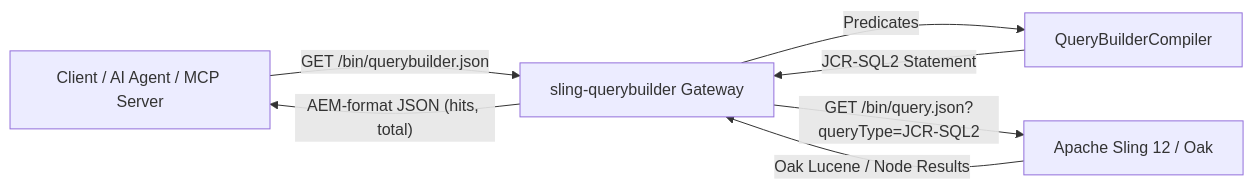
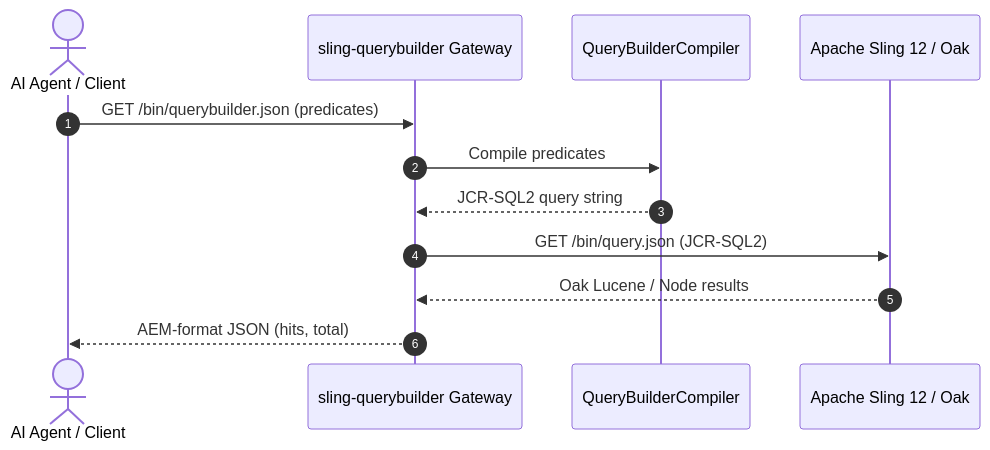
One commit to fabidi/sling-querybuilder changed the diagram in README.md. Above: the diagram before and after it, drawn with Mermaid.

Commit message:
docs: improve architecture diagram layout with clean sequence diagram

````diff
--- a/README.md
+++ b/README.md
@@ -26,9 +26,15 @@
 ```mermaid
-flowchart LR
-    A["Client / AI Agent / MCP Server"] -->|"GET /bin/querybuilder.json"| B["sling-querybuilder Gateway"]
-    B -->|Predicates| C["QueryBuilderCompiler"]
-    C -->|JCR-SQL2 Statement| B
-    B -->|"GET /bin/query.json?queryType=JCR-SQL2"| D["Apache Sling 12 / Oak"]
-    D -->|"Oak Lucene / Node Results"| B
-    B -->|"AEM-format JSON (hits, total)"| A
+sequenceDiagram
+    autonumber
+    actor Client as AI Agent / Client
+    participant GW as sling-querybuilder Gateway
+    participant C as QueryBuilderCompiler
+    participant Sling as Apache Sling 12 / Oak
+
+    Client->>GW: GET /bin/querybuilder.json (predicates)
+    GW->>C: Compile predicates
+    C-->>GW: JCR-SQL2 query string
+    GW->>Sling: GET /bin/query.json (JCR-SQL2)
+    Sling-->>GW: Oak Lucene / Node results
+    GW-->>Client: AEM-format JSON (hits, total)
 ```
````
